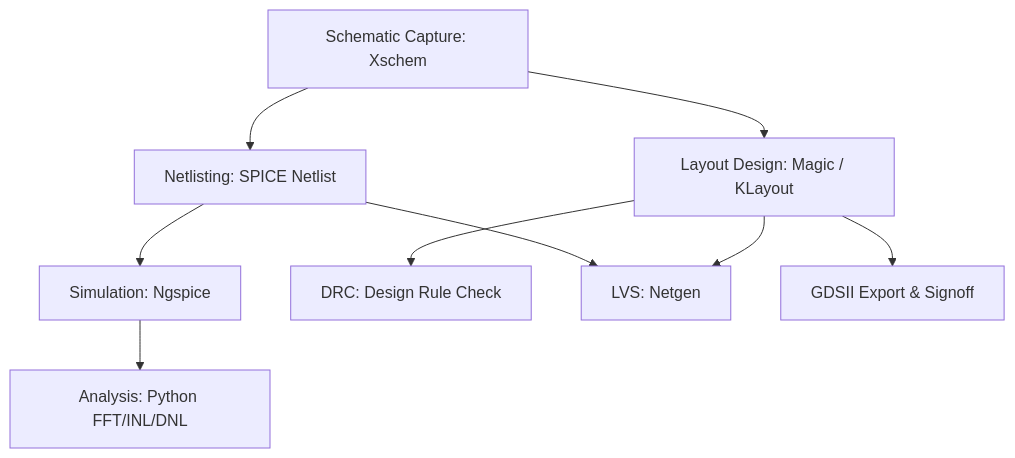
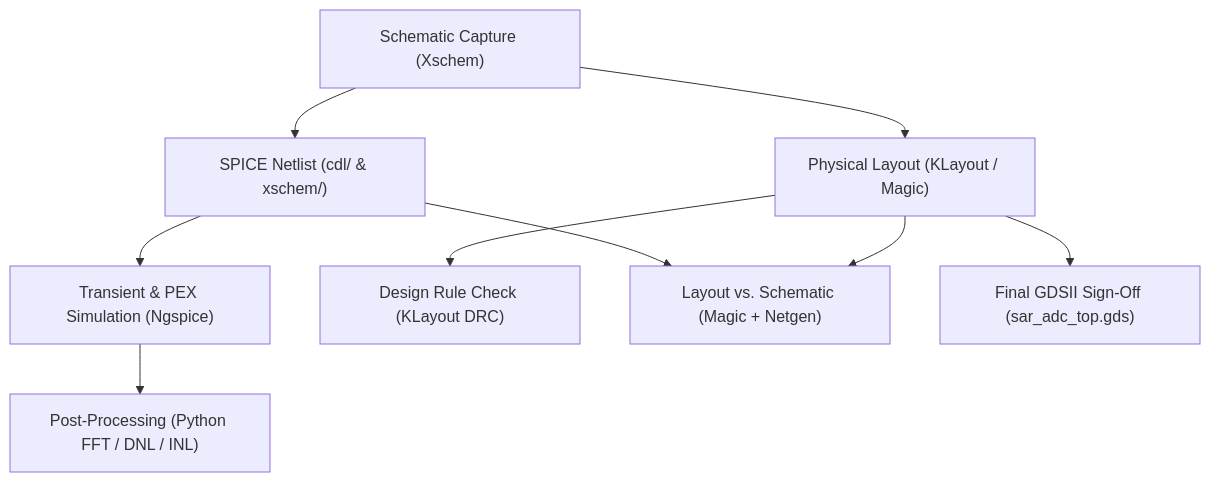
One commit to KyriePakpahan/chipathon26-SAR_ADC changed the diagram in docs/chipathon_tools_guide.md. Above: the diagram before and after it, drawn with Mermaid. The commit also changed other lines of this file and 46 other files, not shown here.

Commit message:
chore: clean up workspace artifacts and align documentation with PEX sign-off

````diff
--- a/docs/chipathon_tools_guide.md
+++ b/docs/chipathon_tools_guide.md
@@ -23,11 +12,11 @@
 ```mermaid
 graph TD
-    A[Schematic Capture: Xschem] --> B[Netlisting: SPICE Netlist]
-    B --> C[Simulation: Ngspice]
-    C --> D[Analysis: Python FFT/INL/DNL]
-    A --> E[Layout Design: Magic / KLayout]
-    E --> F[DRC: Design Rule Check]
-    B --> G[LVS: Netgen]
+    A["Schematic Capture (Xschem)"] --> B["SPICE Netlist (cdl/ & xschem/)"]
+    B --> C["Transient & PEX Simulation (Ngspice)"]
+    C --> D["Post-Processing (Python FFT / DNL / INL)"]
+    A --> E["Physical Layout (KLayout / Magic)"]
+    E --> F["Design Rule Check (KLayout DRC)"]
+    B --> G["Layout vs. Schematic (Magic + Netgen)"]
     E --> G
-    E --> H[GDSII Export & Signoff]
+    E --> H["Final GDSII Sign-Off (sar_adc_top.gds)"]
 ```
````
